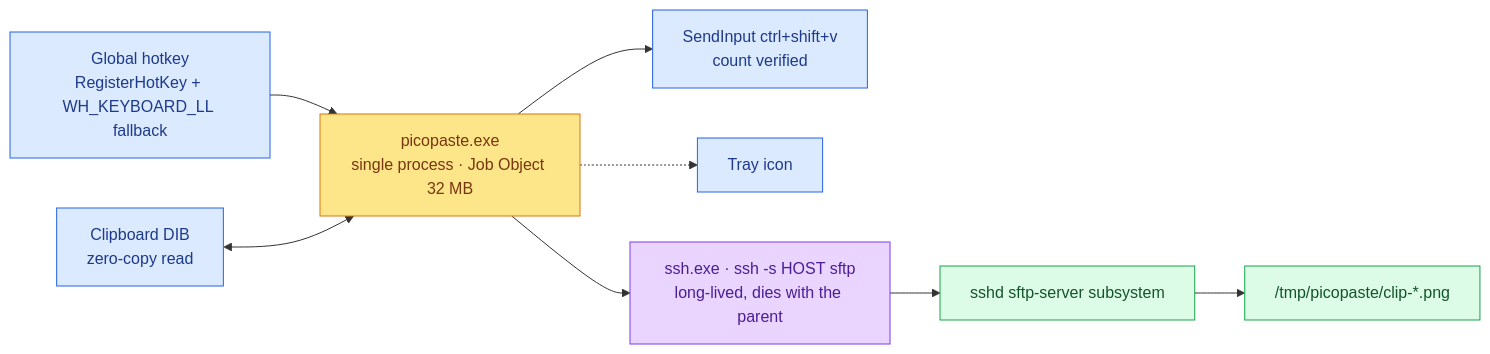
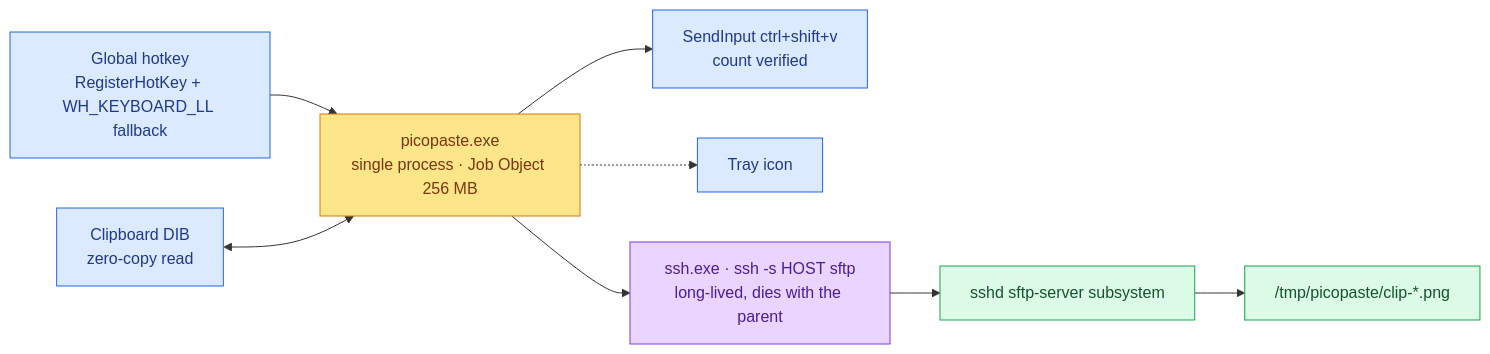
The first of 3 diagrams in README.md (DeguiLiu/picopaste), drawn with Mermaid before and after one commit. The commit also changed other lines of this file and 12 other files, not shown here.

````diff
--- a/README.md
+++ b/README.md
@@ -14,22 +14,22 @@
 ```mermaid
 flowchart LR
   HK["Global hotkey<br/>RegisterHotKey + WH_KEYBOARD_LL fallback"]:::win
   CL["Clipboard DIB<br/>zero-copy read"]:::win
   IN["SendInput ctrl+shift+v<br/>count verified"]:::win
   TR["Tray icon"]:::win
-  PP["picopaste.exe<br/>single process · Job Object 32 MB"]:::core
+  PP["picopaste.exe<br/>single process · Job Object 256 MB"]:::core
   SS["ssh.exe · ssh -s HOST sftp<br/>long-lived, dies with the parent"]:::chan
   SF["sshd sftp-server subsystem"]:::rem
   RF["/tmp/picopaste/clip-*.png"]:::rem
   HK --> PP
   CL <--> PP
   PP --> IN
   PP -.-> TR
   PP --> SS
   SS --> SF
   SF --> RF
   classDef win fill:#dbeafe,stroke:#2563eb,color:#1e3a8a
   classDef core fill:#fde68a,stroke:#d97706,color:#78350f
   classDef chan fill:#e9d5ff,stroke:#7c3aed,color:#4c1d95
   classDef rem fill:#dcfce7,stroke:#16a34a,color:#14532d
 ```
````
